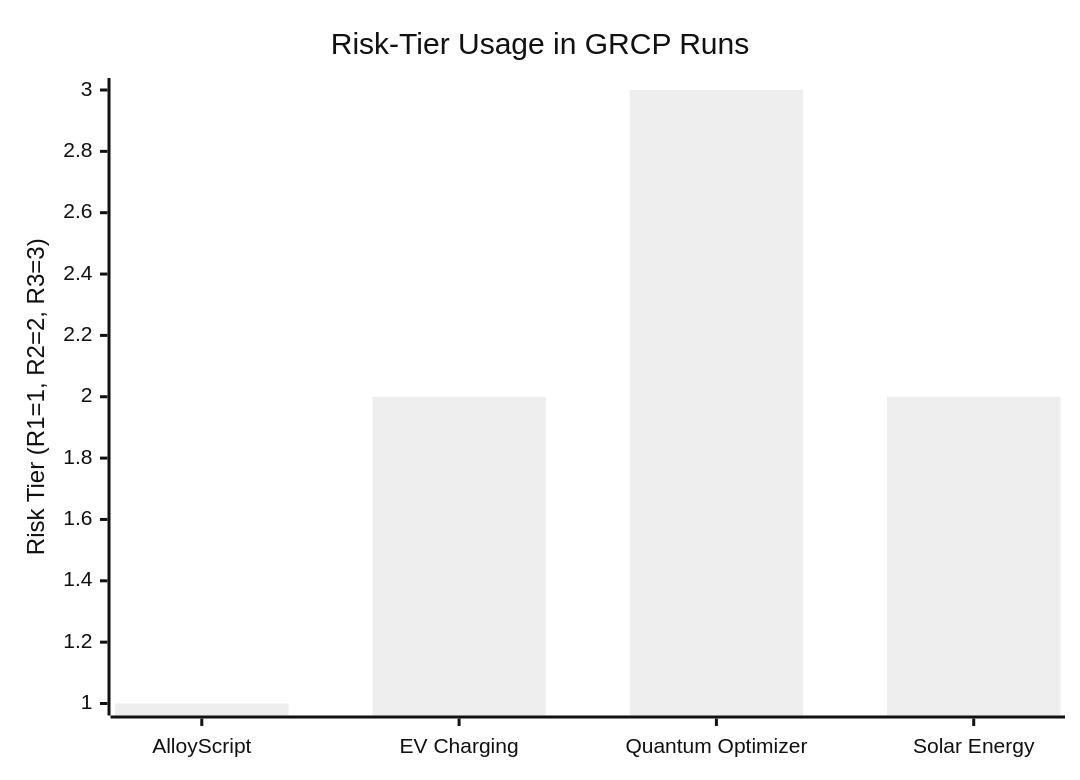
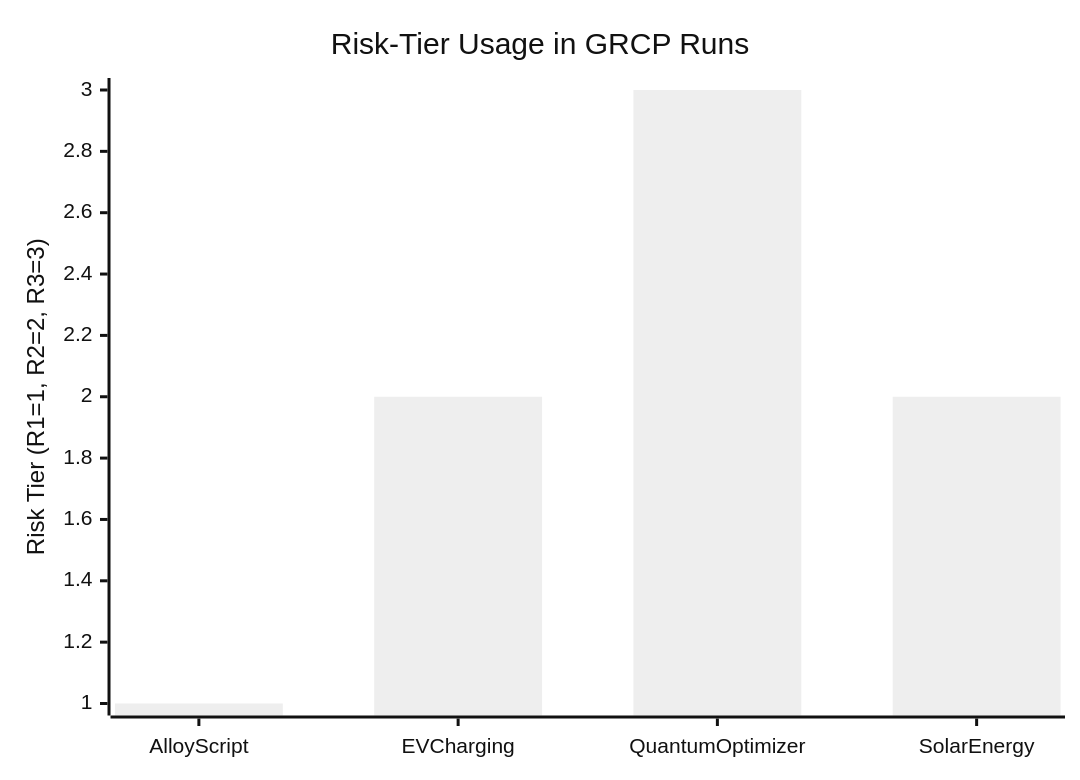
Before and after one commit to lazyxeon/Genesis-Code-Protocol: the fifth of 5 diagrams in Charts.md, drawn with Mermaid (neutral theme).

````diff
--- a/Charts.md
+++ b/Charts.md
@@ -104,7 +104,7 @@
 ```mermaid
 xychart-beta
     title "Risk-Tier Usage in GRCP Runs"
-    x-axis ["AlloyScript", "EV Charging", "Quantum Optimizer", "Solar Energy"]
+    x-axis [AlloyScript, EV Charging, Quantum Optimizer, Solar Energy]
     y-axis "Risk Tier (R1=1, R2=2, R3=3)" 1 --> 3
     bar [1, 2, 3, 2]
 ```
````
